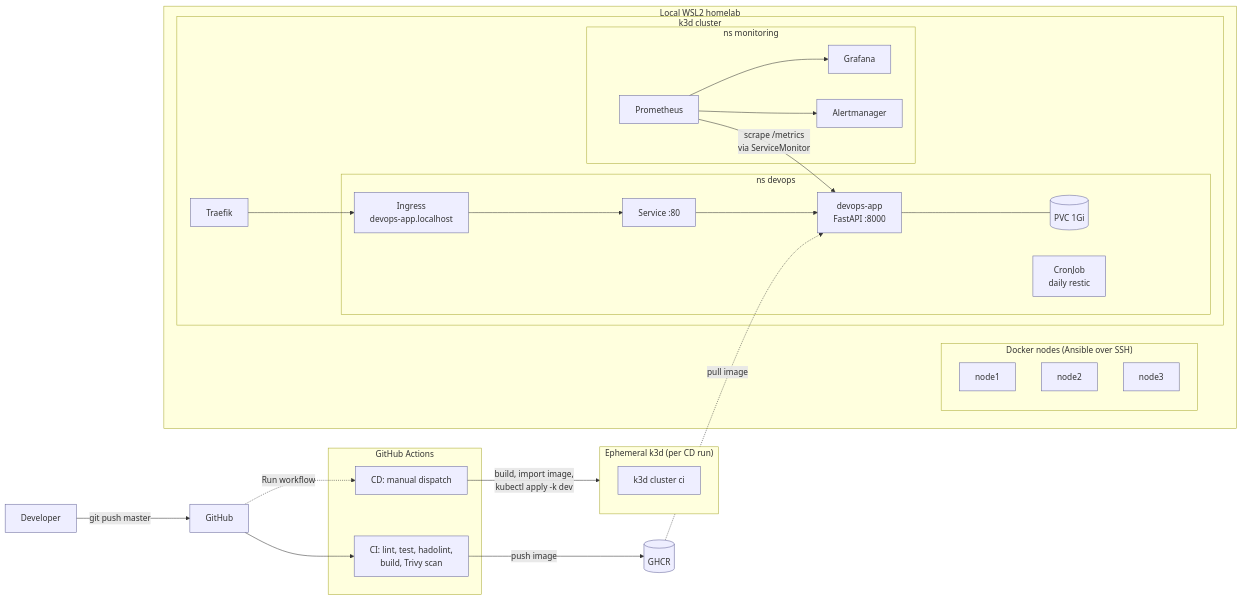
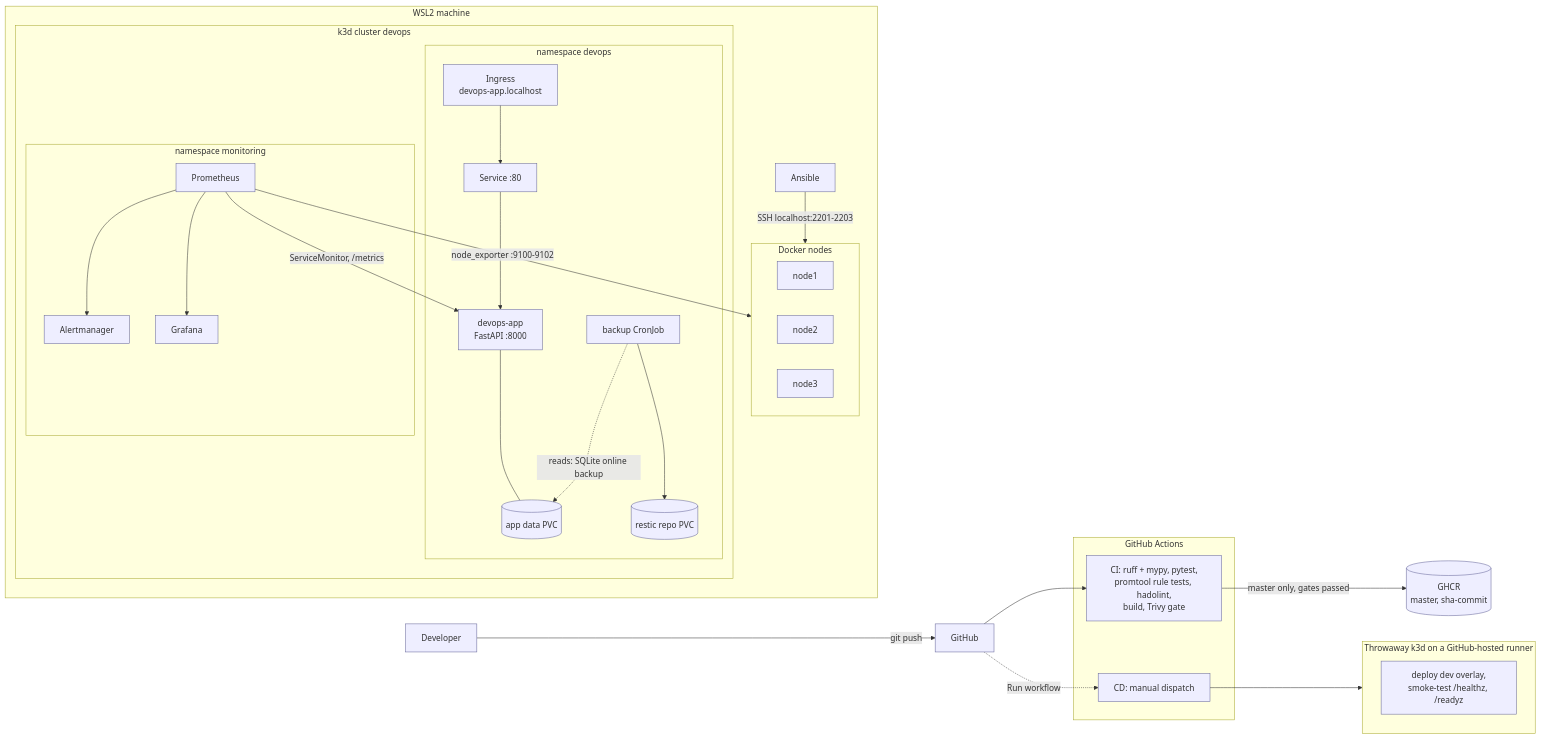
Before and after one commit to toolikheng/devops-platform: the diagram in docs/architecture.md, drawn with Mermaid. The commit also changed other lines of this file and 7 other files, not shown here.

````diff
--- a/docs/architecture.md
+++ b/docs/architecture.md
@@ -11,51 +11,42 @@
 ```mermaid
 flowchart LR
-    dev[Developer] -->|git push master| gh[GitHub]
+    dev[Developer] -->|git push| gh[GitHub]
 
-    subgraph GitHub Actions
-        ci[CI: lint, test, hadolint,<br/>build, Trivy scan]
+    subgraph actions["GitHub Actions"]
+        ci["CI: ruff + mypy, pytest,<br/>promtool rule tests, hadolint,<br/>build, Trivy gate"]
         cd[CD: manual dispatch]
     end
 
     gh --> ci
-    ci -->|push image| ghcr[(GHCR)]
+    ci -->|master only, gates passed| ghcr[(GHCR<br/>master, sha-commit)]
     gh -.->|Run workflow| cd
 
-    subgraph eph["Ephemeral k3d (per CD run)"]
-        ephc[k3d cluster ci]
+    subgraph eph["Throwaway k3d on a GitHub-hosted runner"]
+        ephc[deploy dev overlay,<br/>smoke-test /healthz, /readyz]
     end
-    cd -->|build, import image,<br/>kubectl apply -k dev| eph
+    cd --> eph
 
-    subgraph local["Local WSL2 homelab"]
-        subgraph nodes["Docker nodes (Ansible over SSH)"]
+    subgraph local["WSL2 machine"]
+        subgraph nodes["Docker nodes"]
             n1[node1]:::node
             n2[node2]:::node
             n3[node3]:::node
         end
-        subgraph k3d cluster
-            subgraph ns devops
-                app[devops-app<br/>FastAPI :8000]
-                pvc[(PVC 1Gi)]
-                svc[Service :80]
-                ing[Ingress<br/>devops-app.localhost]
-                cron[CronJob<br/>daily restic]
-                app --- pvc
-                svc --> app
-                ing --> svc
+        ansible[Ansible] -->|SSH localhost:2201-2203| nodes
+        subgraph k3d["k3d cluster devops"]
+            subgraph nsd["namespace devops"]
+                ing[Ingress<br/>devops-app.localhost] --> svc[Service :80] --> app[devops-app<br/>FastAPI :8000]
+                app --- pvc[(app data PVC)]
+                cron[backup CronJob] -.->|reads: SQLite online backup| pvc
+                cron --> repo[(restic repo PVC)]
             end
-            subgraph ns monitoring
-                prom[Prometheus]
-                graf[Grafana]
-                am[Alertmanager]
-                prom --> graf
-                prom --> am
+            subgraph nsm["namespace monitoring"]
+                prom[Prometheus] --> am[Alertmanager]
+                prom --> graf[Grafana]
             end
-            traefik[Traefik]
-            traefik --> ing
         end
-        prom -->|scrape /metrics<br/>via ServiceMonitor| app
+        prom -->|ServiceMonitor, /metrics| app
+        prom -->|node_exporter :9100-9102| nodes
     end
-
-    ghcr -.->|pull image| app
     classDef node fill:#eef,stroke:#669;
 ```
````
